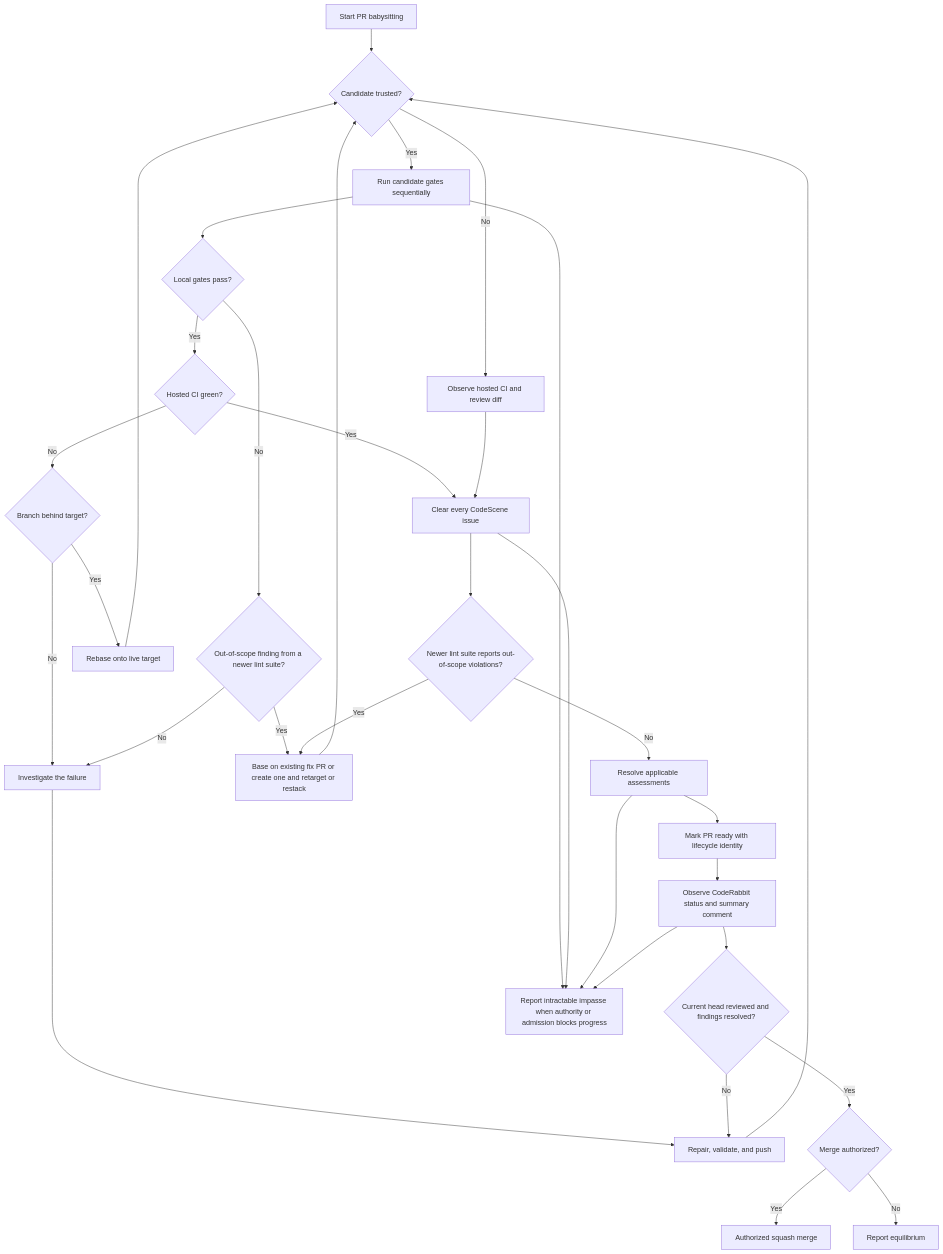
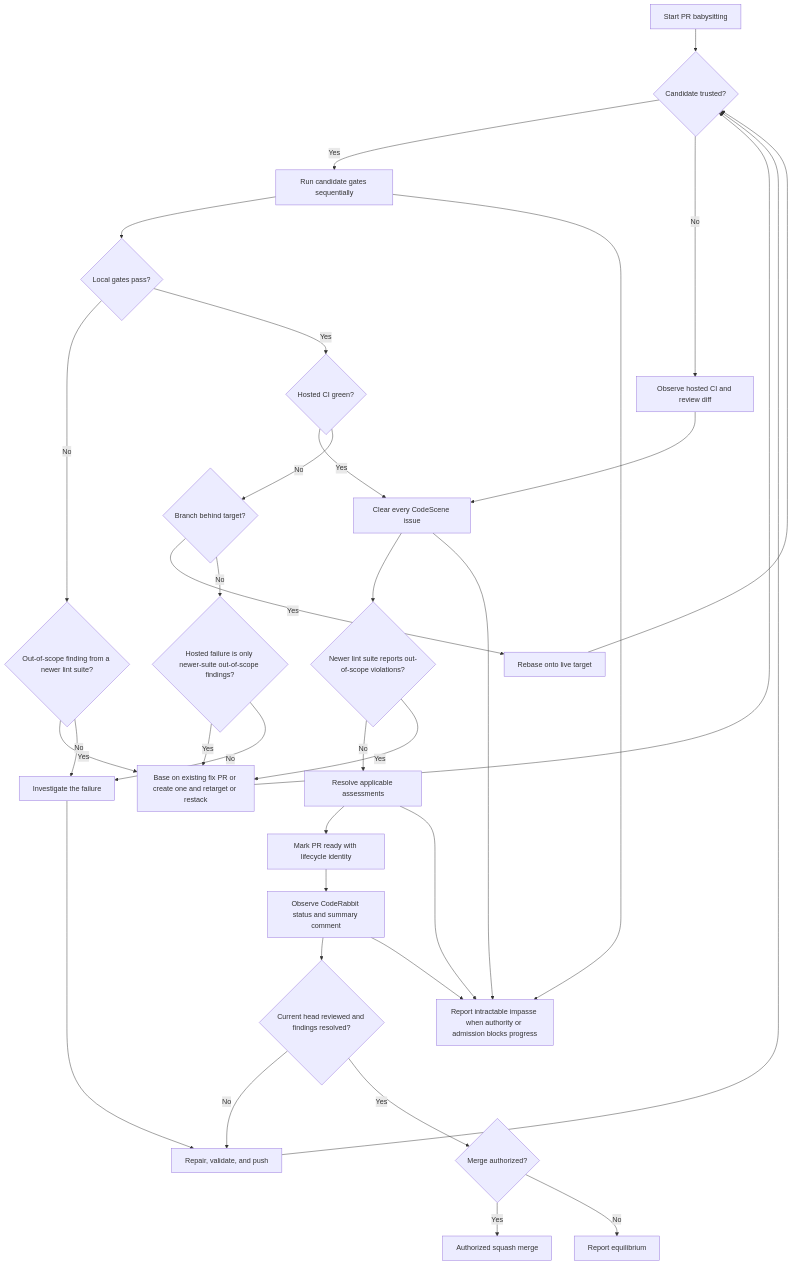
One commit to leynos/agent-helper-scripts changed the third of 6 diagrams in docs/users-guide.md. Above: the diagram before and after it, drawn with Mermaid. The commit also changed 2 other files, not shown here.

Commit message:
Route hosted-only lint findings through prerequisite selection
A newer lint suite can report out-of-scope violations only in the hosted
environment, for example when the gate resolves a rule set from the network,
while the same local gates pass and the branch is current. The lifecycle
diagram sent that failure straight to repair, which contradicts the rule that
such findings are prerequisite work.

The current-branch path now asks whether the hosted failure is only
newer-suite out-of-scope findings before it reaches investigation, and the
chart contract asserts that decision's predecessors, both of its outcomes, and
a bypass control that would restore the direct edge.

Name the expected disposition in the three remaining assertion messages, so a
failure in either exhaustive loop identifies the facts, the expectation, and
the actual result.

````diff
--- a/docs/users-guide.md
+++ b/docs/users-guide.md
@@ -768,59 +768,63 @@
 ```mermaid
 flowchart TD
     accTitle: PR babysitting path to equilibrium, merge, or impasse
     accDescr {
         PR babysitting starts with the candidate trust decision. A trusted
         candidate has its gates run sequentially on the host; an untrusted
         one is checked by observing hosted CI and reviewing the diff. A
         failing local gate that reports only a newer lint suite's
         out-of-scope findings is prerequisite work; any other failing local
         gate is investigated and repaired before readiness. A
         red hosted check whose local gates pass on a branch behind its target
         is rebased onto the target and returns to the trust decision, so the
         rebased candidate has its gates rerun before hosted CI is observed
-        again. Any other red hosted check is investigated and repaired. A
+        again. Any other red hosted check is investigated and repaired unless
+        it reports only a newer lint suite's out-of-scope findings, which are
+        prerequisite work. A
         newer lint suite's out-of-scope violations move into a prerequisite
         fix PR, and the changed candidate also returns to the trust decision.
         The agent then clears every CodeScene issue, resolves applicable
         assessments, and marks the PR ready with the lifecycle identity. It then
         observes CodeRabbit's commit status and summary comment. If the
         current head has not been reviewed or its findings are unresolved,
         the agent repairs, validates, and pushes, and the new head returns to
         the trust decision. Once the current head is reviewed and its findings
         are resolved, an authorized merge leads to a squash merge; otherwise
         the agent reports equilibrium. The gate, CodeScene, assessment, and
         review-observation stages can each end in a report of intractable
         impasse when authority or build admission blocks progress.
     }
     A[Start PR babysitting] --> T{Candidate trusted?}
     T -->|Yes| B[Run candidate gates sequentially]
     T -->|No| N[Observe hosted CI and review diff]
     B --> Q{Local gates pass?}
     Q -->|No| W{Out-of-scope finding from a newer lint suite?}
     Q -->|Yes| S{Hosted CI green?}
     S -->|Yes| C[Clear every CodeScene issue]
     S -->|No| P{Branch behind target?}
     P -->|Yes| R[Rebase onto live target]
-    P -->|No| X[Investigate the failure]
+    P -->|No| Y{Hosted failure is only newer-suite out-of-scope findings?}
     R --> T
     W -->|Yes| V[Base on existing fix PR or create one and retarget or restack]
-    W -->|No| X
+    W -->|No| X[Investigate the failure]
+    Y -->|Yes| V
+    Y -->|No| X
     X --> H[Repair, validate, and push]
     N --> C
     C --> U{Newer lint suite reports out-of-scope violations?}
     U -->|No| D[Resolve applicable assessments]
     U -->|Yes| V
     V --> T
     D --> E[Mark PR ready with lifecycle identity]
     E --> F[Observe CodeRabbit status and summary comment]
     F --> G{Current head reviewed and findings resolved?}
     G -->|No| H
     H --> T
     G -->|Yes| I{Merge authorized?}
     I -->|Yes| J[Authorized squash merge]
     I -->|No| K[Report equilibrium]
     B --> L[Report intractable impasse when authority or admission blocks progress]
     C --> L
     D --> L
     F --> L
 ```
````
